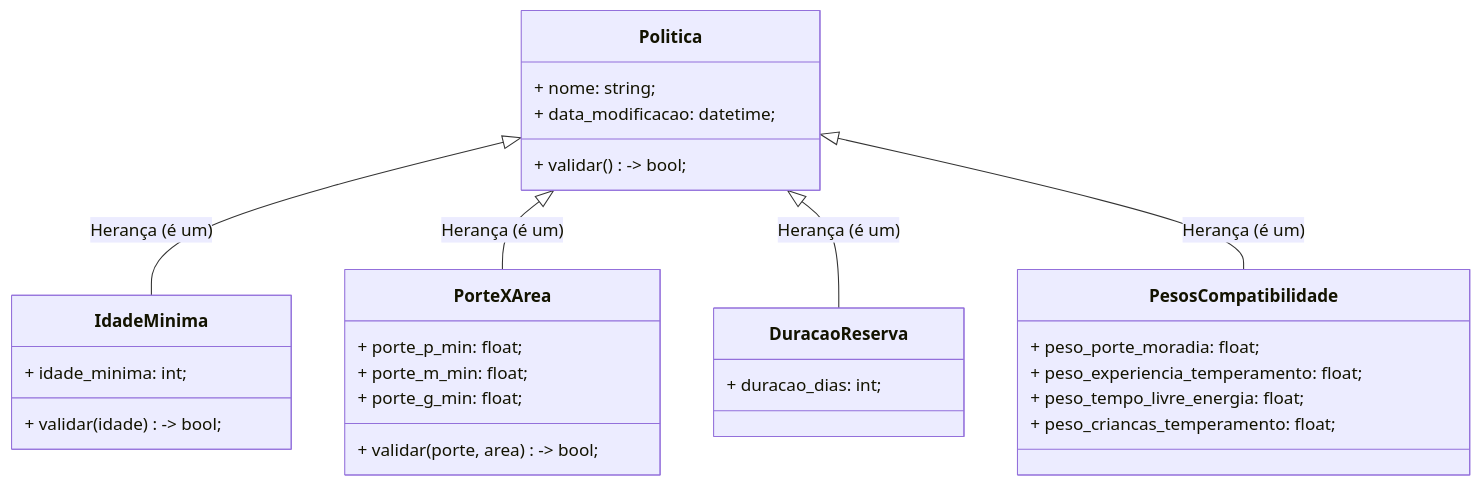
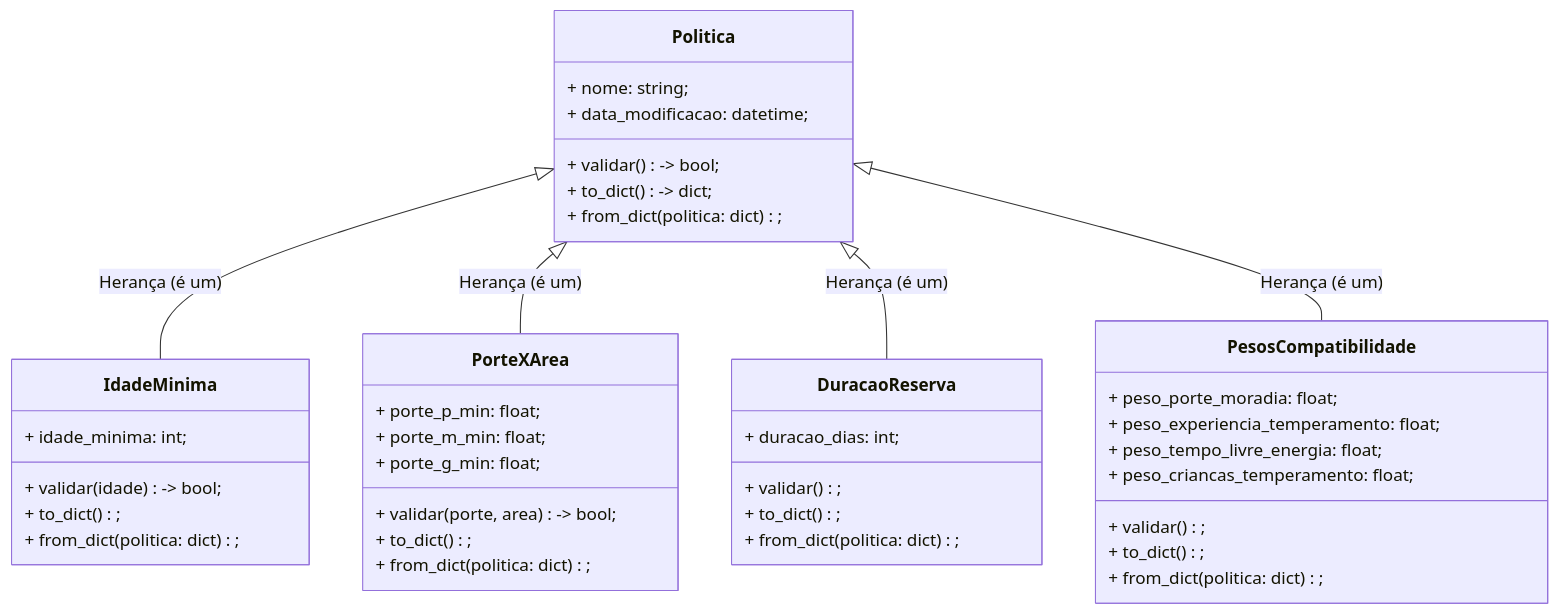
One commit to Alisson014/projeto-1-poo-sistema-adocao-animais changed the seventh of 8 diagrams in docs/uml.md. Above: the diagram before and after it, drawn with Mermaid. The commit also changed other lines of this file, not shown here.

Commit message:
docs: update uml.md to reflect step 3 alterations

````diff
--- a/docs/uml.md
+++ b/docs/uml.md
@@ -266,38 +301,50 @@
 ```mermaid
 classDiagram
     %% Classes:
     class Politica {
         + nome: string;
         + data_modificacao: datetime;
         + validar() -> bool;
+        + to_dict() -> dict;
+        + from_dict(politica: dict);
     }
 
     class IdadeMinima {
         + idade_minima: int;
         + validar(idade) -> bool;
+        + to_dict();
+        + from_dict(politica: dict);
     }
 
     class PorteXArea {
         + porte_p_min: float;
         + porte_m_min: float;
         + porte_g_min: float;
         + validar(porte, area) -> bool;
+        + to_dict();
+        + from_dict(politica: dict);
     }
 
     class DuracaoReserva {
         + duracao_dias: int;
+        + validar();
+        + to_dict();
+        + from_dict(politica: dict);
     }
 
     class PesosCompatibilidade {
         + peso_porte_moradia: float;
         + peso_experiencia_temperamento: float;
         + peso_tempo_livre_energia: float;
         + peso_criancas_temperamento: float;
+        + validar();
+        + to_dict();
+        + from_dict(politica: dict);
     }
 
     %% Relacionamentos:
     Politica <|-- IdadeMinima : Herança (é um)
     Politica <|-- PorteXArea : Herança (é um)
     Politica <|-- DuracaoReserva : Herança (é um)
     Politica <|-- PesosCompatibilidade : Herança (é um)
 ```
````
